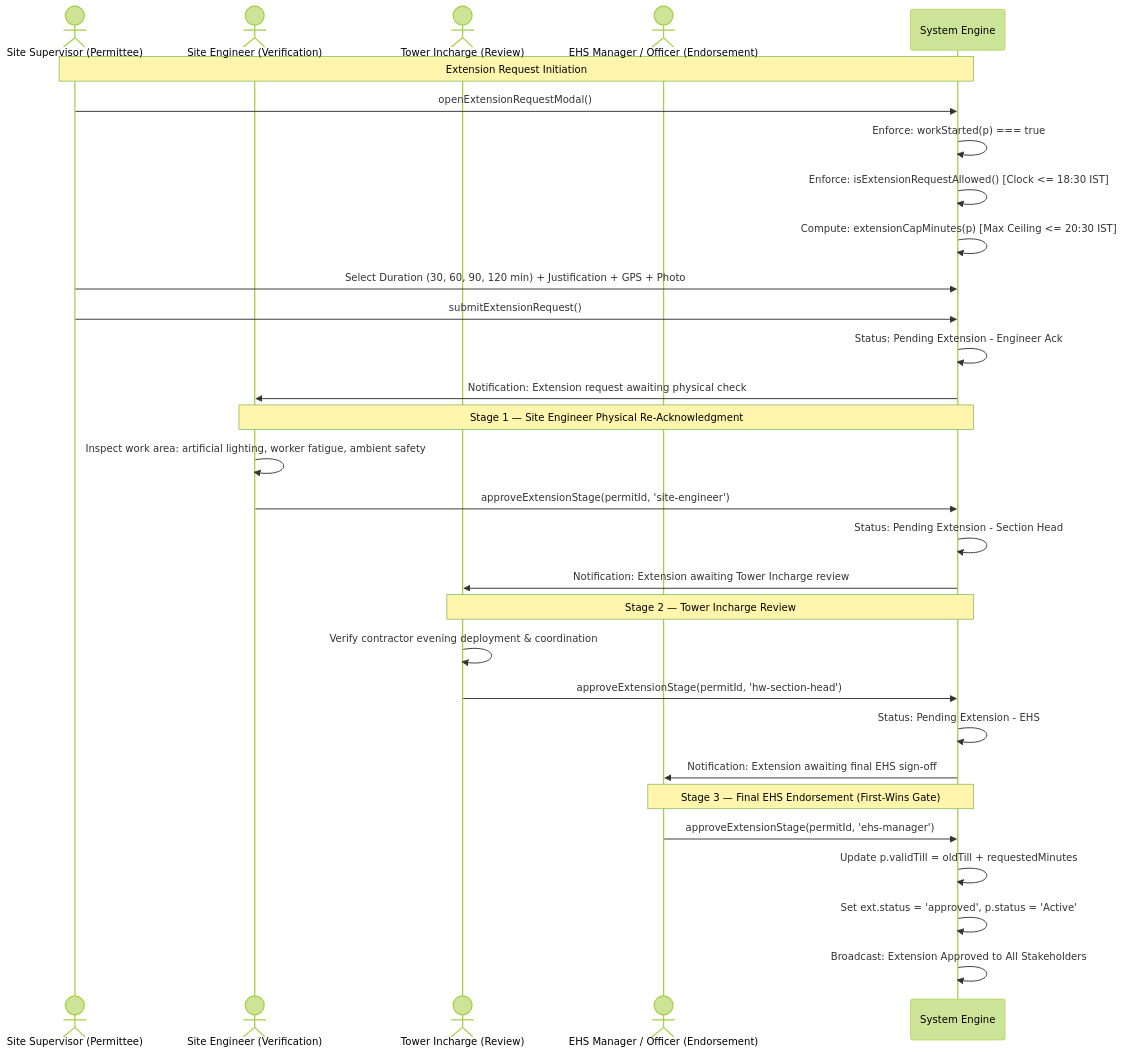
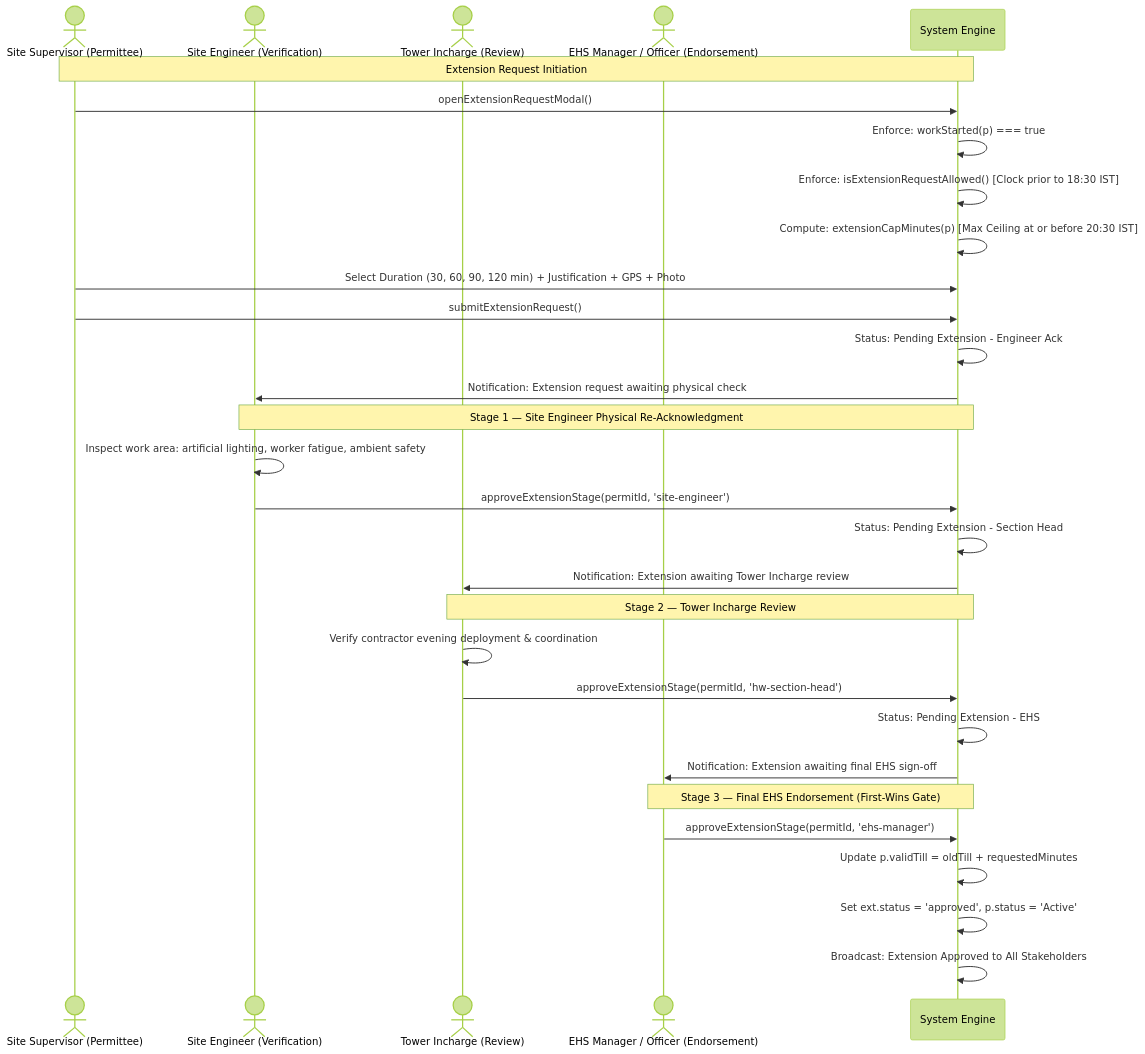
Diagram 31 of 32 in README.md (AuroGroupAutomationBot/ARPL-EHS-Demo), drawn with Mermaid (forest theme) before and after one commit. The commit also changed other lines of this file, not shown here.

````diff
--- a/README.md
+++ b/README.md
@@ -2383,36 +2483,36 @@
 ```mermaid
 sequenceDiagram
     actor SS as Site Supervisor (Permittee)
     actor SE as Site Engineer (Verification)
     actor TI as Tower Incharge (Review)
     actor EHS as EHS Manager / Officer (Endorsement)
     participant SYS as System Engine
 
     Note over SS,SYS: Extension Request Initiation
     SS->>SYS: openExtensionRequestModal()
     SYS->>SYS: Enforce: workStarted(p) === true
-    SYS->>SYS: Enforce: isExtensionRequestAllowed() [Clock <= 18:30 IST]
-    SYS->>SYS: Compute: extensionCapMinutes(p) [Max Ceiling <= 20:30 IST]
+    SYS->>SYS: Enforce: isExtensionRequestAllowed() [Clock prior to 18:30 IST]
+    SYS->>SYS: Compute: extensionCapMinutes(p) [Max Ceiling at or before 20:30 IST]
     SS->>SYS: Select Duration (30, 60, 90, 120 min) + Justification + GPS + Photo
     SS->>SYS: submitExtensionRequest()
     SYS->>SYS: Status: Pending Extension - Engineer Ack
     SYS->>SE: Notification: Extension request awaiting physical check
 
     Note over SE,SYS: Stage 1 — Site Engineer Physical Re-Acknowledgment
     SE->>SE: Inspect work area: artificial lighting, worker fatigue, ambient safety
     SE->>SYS: approveExtensionStage(permitId, 'site-engineer')
     SYS->>SYS: Status: Pending Extension - Section Head
     SYS->>TI: Notification: Extension awaiting Tower Incharge review
 
     Note over TI,SYS: Stage 2 — Tower Incharge Review
     TI->>TI: Verify contractor evening deployment & coordination
     TI->>SYS: approveExtensionStage(permitId, 'hw-section-head')
     SYS->>SYS: Status: Pending Extension - EHS
     SYS->>EHS: Notification: Extension awaiting final EHS sign-off
 
     Note over EHS,SYS: Stage 3 — Final EHS Endorsement (First-Wins Gate)
     EHS->>SYS: approveExtensionStage(permitId, 'ehs-manager')
     SYS->>SYS: Update p.validTill = oldTill + requestedMinutes
     SYS->>SYS: Set ext.status = 'approved', p.status = 'Active'
     SYS->>SYS: Broadcast: Extension Approved to All Stakeholders
 ```
````
